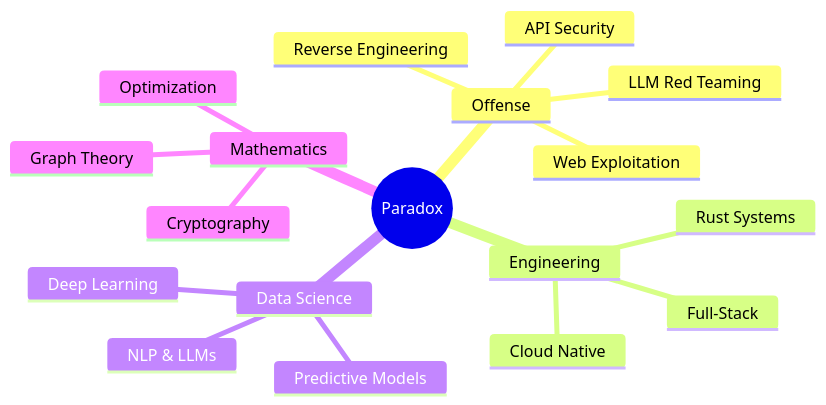
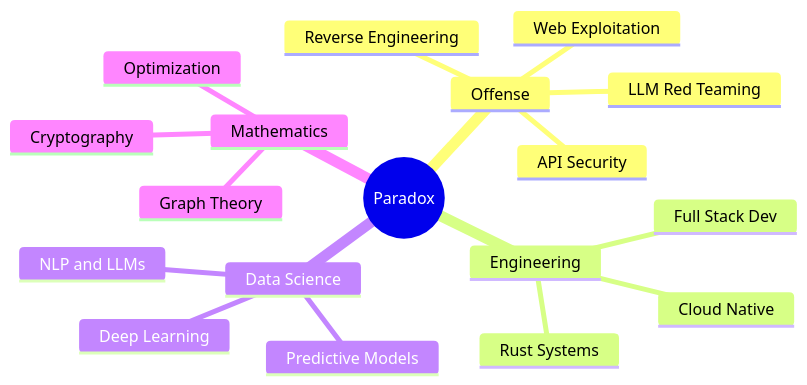
One commit to i-am-paradox/i-am-paradox changed the diagram in README.md. Above: the diagram before and after it, drawn with Mermaid. The commit also changed other lines of this file, not shown here.

````diff
--- a/README.md
+++ b/README.md
@@ -93,21 +82,21 @@
 ```mermaid
 mindmap
   root((Paradox))
     Offense
       Web Exploitation
       API Security
       LLM Red Teaming
       Reverse Engineering
     Engineering
       Rust Systems
       Cloud Native
-      Full-Stack
+      Full Stack Dev
     Data Science
       Deep Learning
-      NLP & LLMs
+      NLP and LLMs
       Predictive Models
     Mathematics
       Cryptography
       Graph Theory
       Optimization
 ```
````
